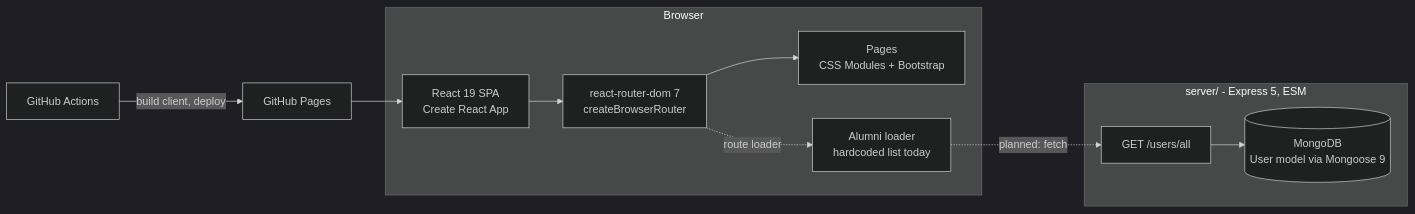
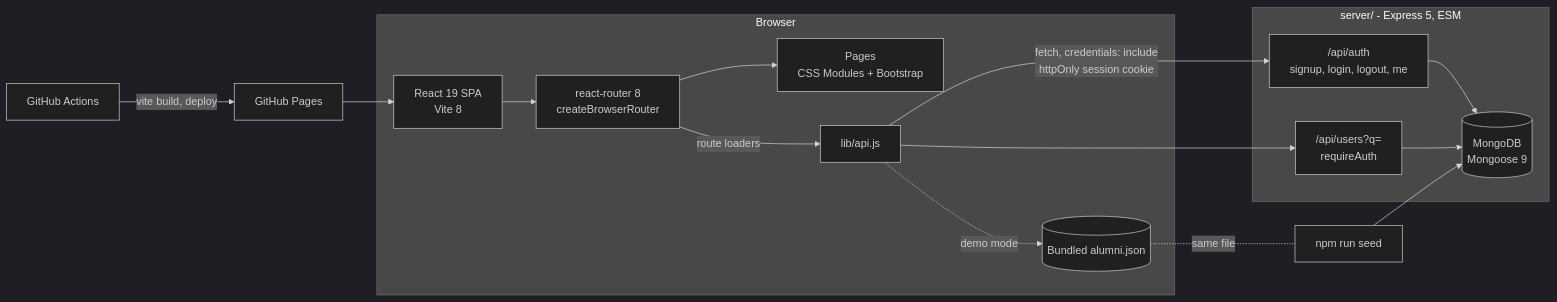
The diagram in README.md (MCA-NITW/mca_nitw), drawn with Mermaid (dark theme) before and after one commit. The commit also changed other lines of this file and 52 other files, not shown here.

First line of the commit message:
feat: add member accounts, alumni search api and move the client to vite 8 (#421)

````diff
--- a/README.md
+++ b/README.md
@@ -47,14 +70,21 @@
 ```mermaid
 flowchart LR
     subgraph Browser
-        A[React 19 SPA<br/>Create React App] --> R[react-router-dom 7<br/>createBrowserRouter]
+        A[React 19 SPA<br/>Vite 8] --> R[react-router 8<br/>createBrowserRouter]
         R --> P[Pages<br/>CSS Modules + Bootstrap]
-        R -. route loader .-> L[Alumni loader<br/>hardcoded list today]
+        R -- route loaders --> C[lib/api.js]
+        C -. demo mode .-> D[(Bundled alumni.json)]
     end
     subgraph Server [server/ - Express 5, ESM]
-        E["GET /users/all"] --> M[(MongoDB<br/>User model via Mongoose 9)]
+        AU["/api/auth<br/>signup, login, logout, me"]
+        U["/api/users?q=<br/>requireAuth"]
+        AU --> M[(MongoDB<br/>Mongoose 9)]
+        U --> M
     end
-    L -. planned: fetch .-> E
-    GH[GitHub Actions] -->|build client, deploy| GP[GitHub Pages]
+    C -- "fetch, credentials: include<br/>httpOnly session cookie" --> AU
+    C --> U
+    S[npm run seed] --> M
+    D -. same file .- S
+    GH[GitHub Actions] -->|vite build, deploy| GP[GitHub Pages]
     GP --> A
 ```
````
